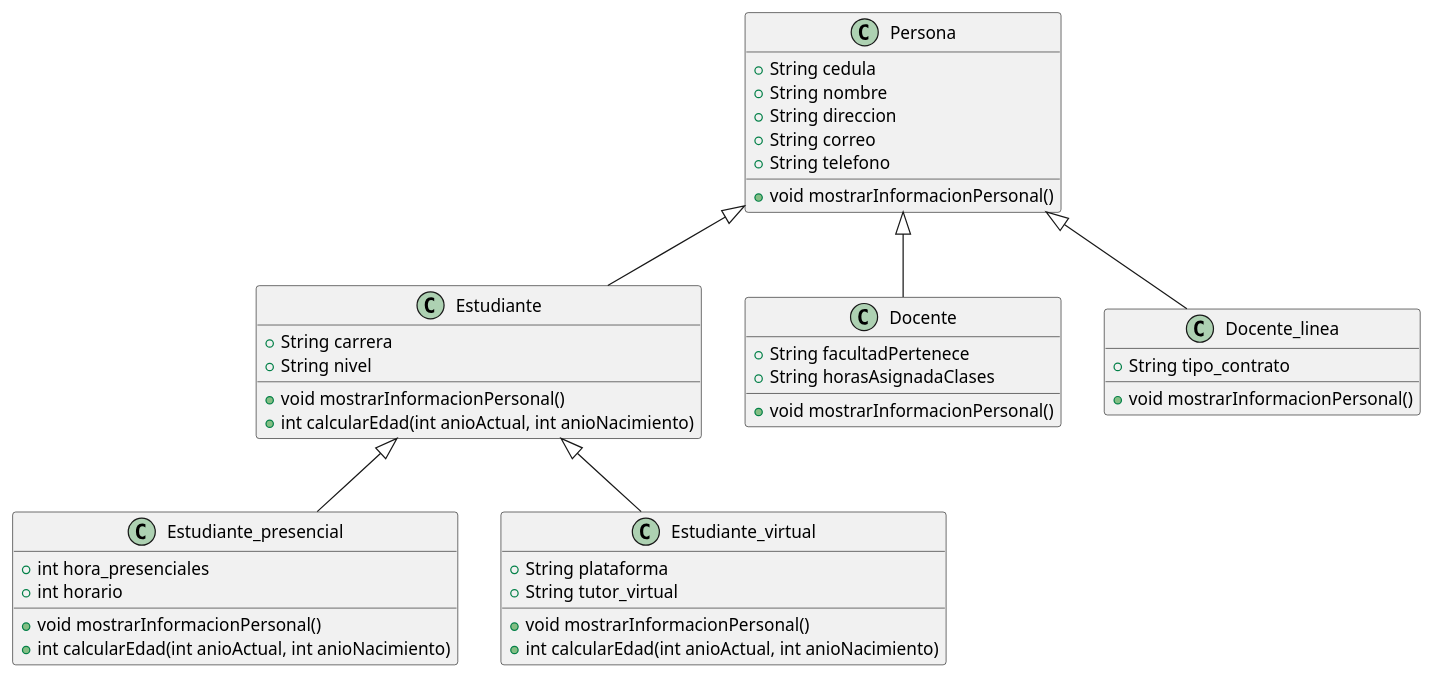
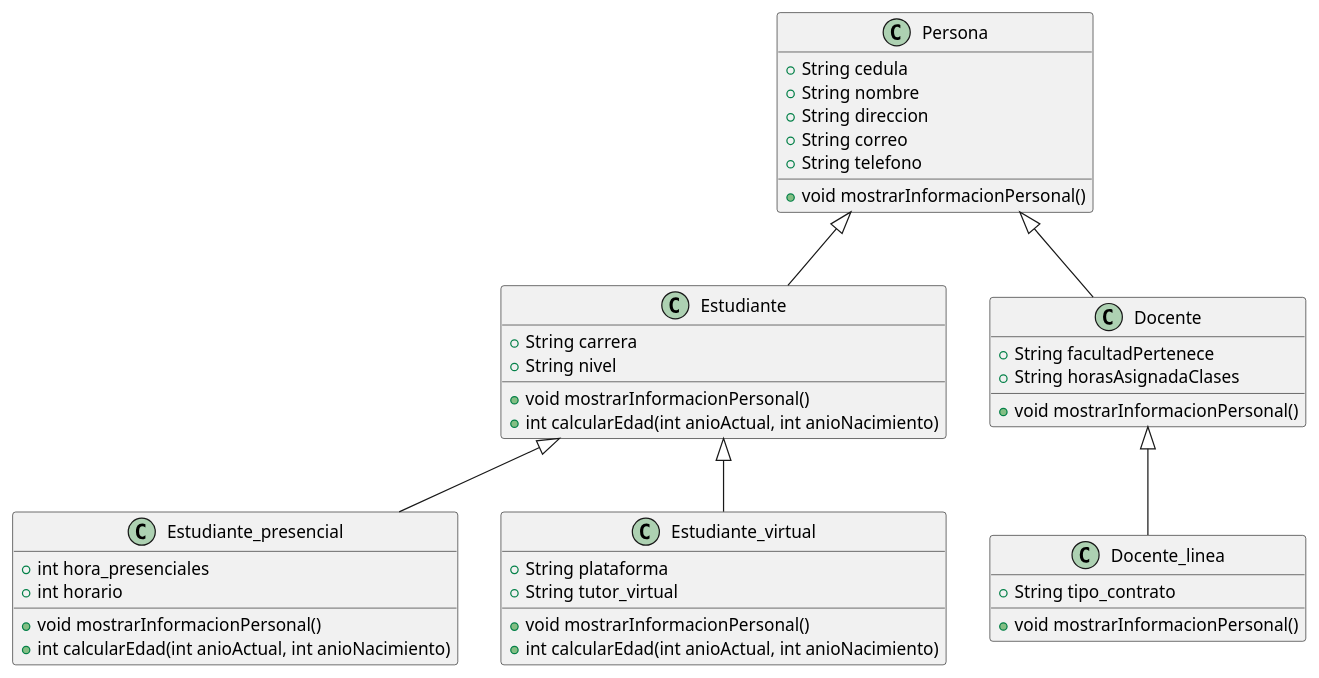
The second of 2 diagrams in src/Persona.puml (Alejandro05-afk/Taller_herencia), drawn with PlantUML before and after one commit. The commit also changed 2 other files, not shown here.

Commit message:
Taller incluido el UML

```diff
--- a/src/Persona.puml
+++ b/src/Persona.puml
@@ -48,54 +48,54 @@
 @startuml
 
 class Persona {
   + String cedula
   + String nombre
   + String direccion
   + String correo
   + String telefono
 
   + void mostrarInformacionPersonal()
 }
 
 class Estudiante {
   + String carrera
   + String nivel
 
   + void mostrarInformacionPersonal()
   + int calcularEdad(int anioActual, int anioNacimiento)
 }
 
 class Docente {
   + String facultadPertenece
   + String horasAsignadaClases
 
   + void mostrarInformacionPersonal()
 }
 
 class Estudiante_presencial {
   + int hora_presenciales
   + int horario
 
   + void mostrarInformacionPersonal()
   + int calcularEdad(int anioActual, int anioNacimiento)
 }
 
 class Estudiante_virtual {
   + String plataforma
   + String tutor_virtual
 
   + void mostrarInformacionPersonal()
   + int calcularEdad(int anioActual, int anioNacimiento)
 }
 
 class Docente_linea {
     + String tipo_contrato
      + void mostrarInformacionPersonal()
 }
 
 Persona <|-- Estudiante
 Persona <|-- Docente
 Estudiante <|-- Estudiante_presencial
 Estudiante <|-- Estudiante_virtual
-Persona <|-- Docente_linea
+Docente <|-- Docente_linea
 @enduml
```
